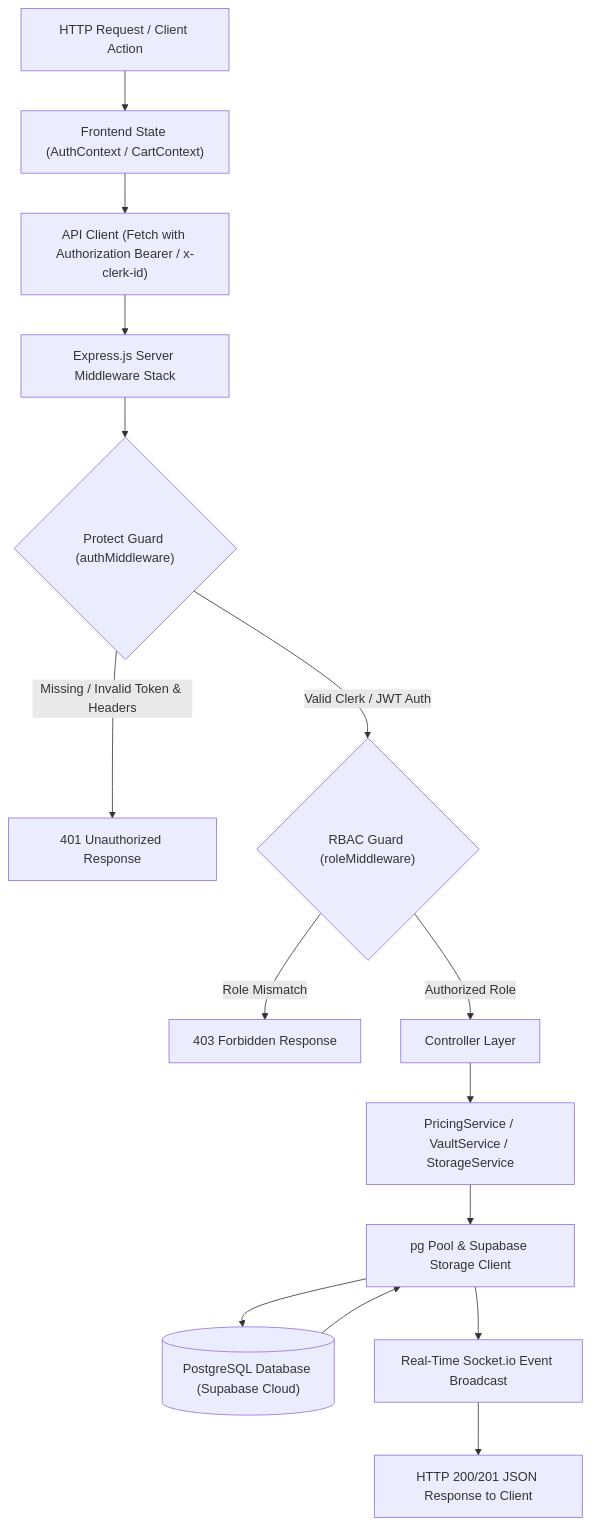
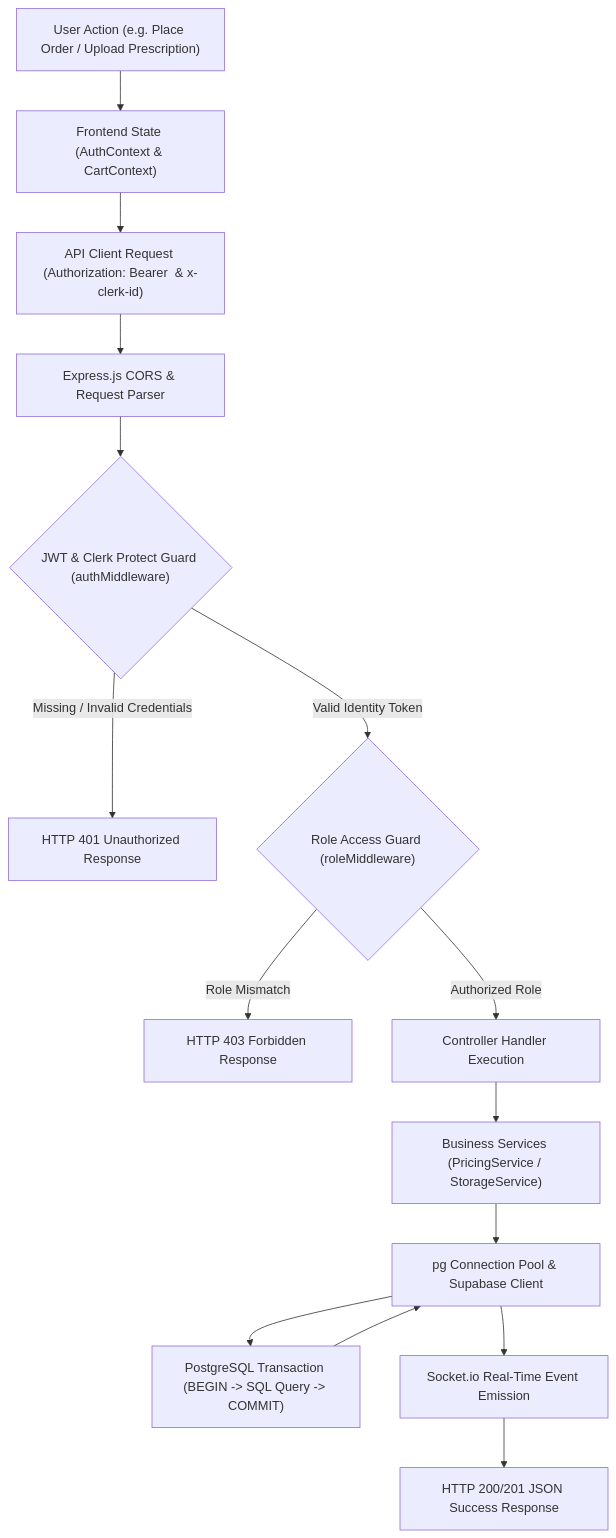
One commit to em-srs/Medifly changed the second of 5 diagrams in notes.md. Above: the diagram before and after it, drawn with Mermaid. The commit also changed other lines of this file, not shown here.

Commit message:
docs: restructure notes.md with 5 technical sections, quoted Mermaid diagrams, API schemas, and interview preparation Q&A

````diff
--- a/notes.md
+++ b/notes.md
@@ -72,17 +95,17 @@
 ```mermaid
 graph TD
-    A["HTTP Request / Client Action"] --> B["Frontend State (AuthContext / CartContext)"]
-    B --> C["API Client (Fetch with Authorization Bearer / x-clerk-id)"]
-    C --> D["Express.js Server Middleware Stack"]
-    D --> E{"Protect Guard (authMiddleware)"}
-    E -- "Missing / Invalid Token & Headers" --> F["401 Unauthorized Response"]
-    E -- "Valid Clerk / JWT Auth" --> G{"RBAC Guard (roleMiddleware)"}
-    G -- "Role Mismatch" --> H["403 Forbidden Response"]
-    G -- "Authorized Role" --> I["Controller Layer"]
-    I --> J["PricingService / VaultService / StorageService"]
-    J --> K["pg Pool & Supabase Storage Client"]
-    K --> L[("PostgreSQL Database (Supabase Cloud)")]
+    A["User Action (e.g. Place Order / Upload Prescription)"] --> B["Frontend State (AuthContext & CartContext)"]
+    B --> C["API Client Request (Authorization: Bearer <token> & x-clerk-id)"]
+    C --> D["Express.js CORS & Request Parser"]
+    D --> E{"JWT & Clerk Protect Guard (authMiddleware)"}
+    E -- "Missing / Invalid Credentials" --> F["HTTP 401 Unauthorized Response"]
+    E -- "Valid Identity Token" --> G{"Role Access Guard (roleMiddleware)"}
+    G -- "Role Mismatch" --> H["HTTP 403 Forbidden Response"]
+    G -- "Authorized Role" --> I["Controller Handler Execution"]
+    I --> J["Business Services (PricingService / StorageService)"]
+    J --> K["pg Connection Pool & Supabase Client"]
+    K --> L["PostgreSQL Transaction (BEGIN -> SQL Query -> COMMIT)"]
     L --> K
-    K --> M["Real-Time Socket.io Event Broadcast"]
-    M --> N["HTTP 200/201 JSON Response to Client"]
+    K --> M["Socket.io Real-Time Event Emission"]
+    M --> N["HTTP 200/201 JSON Success Response"]
 ```
````
